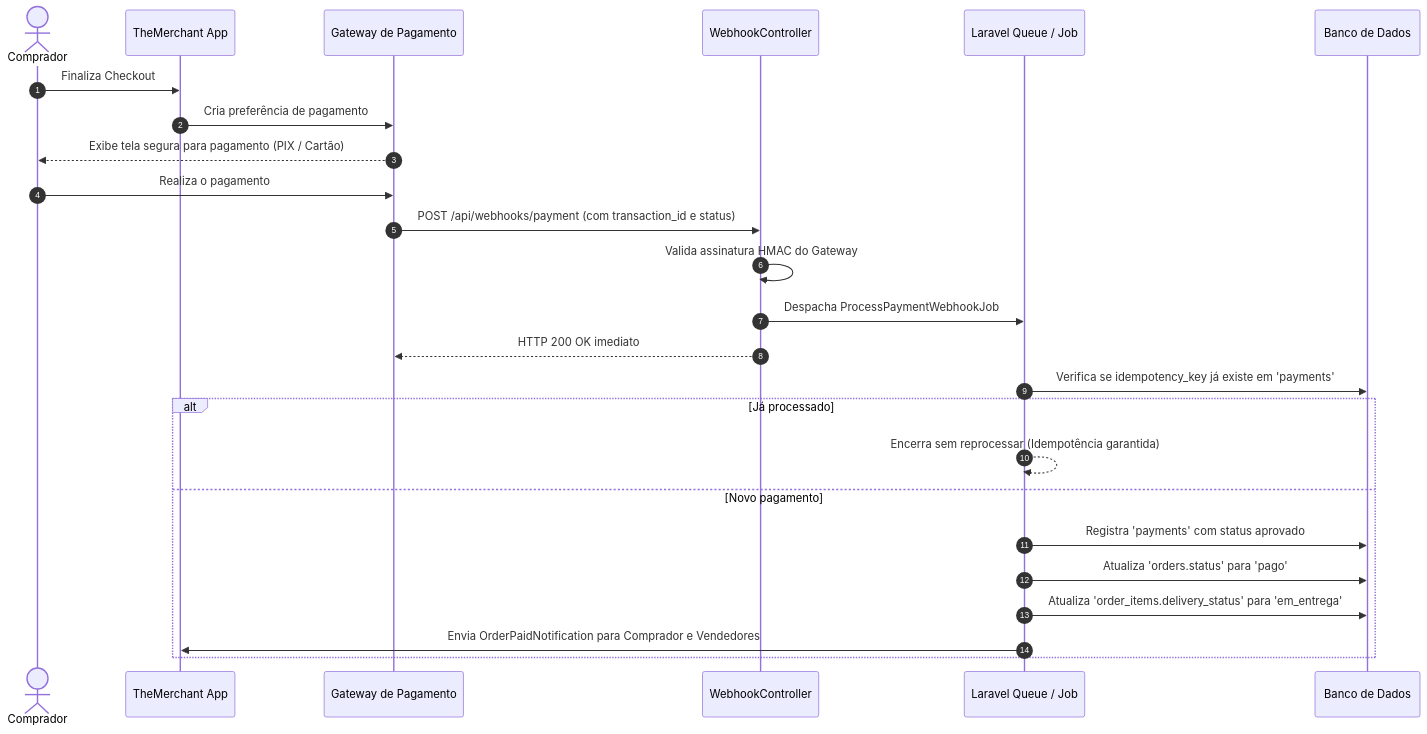
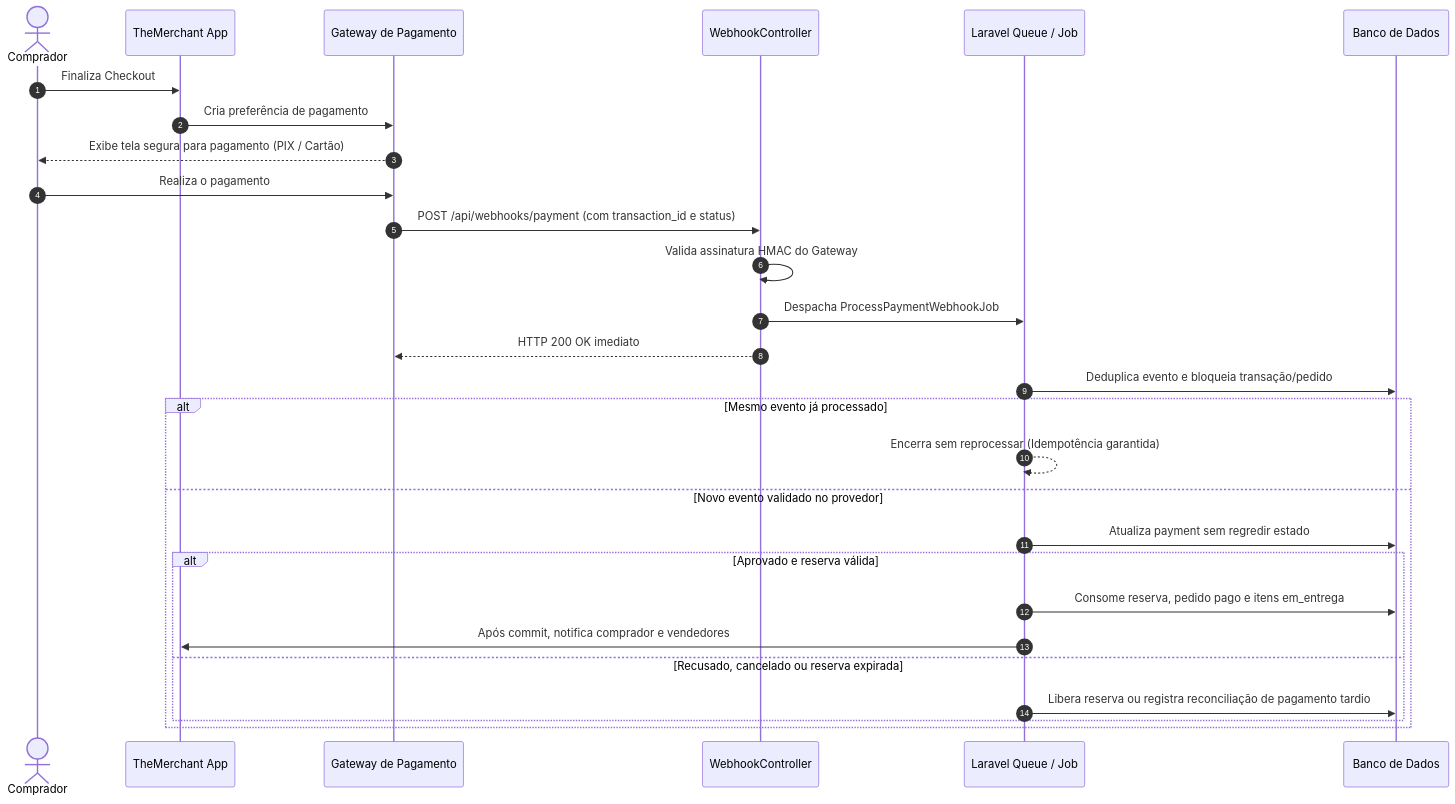
One commit to IgorMarcoli/TheMerchant changed the first of 2 diagrams in specs.md. Above: the diagram before and after it, drawn with Mermaid. The commit also changed other lines of this file and 6 other files, not shown here.

````diff
--- a/specs.md
+++ b/specs.md
@@ -234,29 +239,32 @@
 ```mermaid
 sequenceDiagram
     autonumber
     actor Buyer as Comprador
     participant App as TheMerchant App
     participant Gateway as Gateway de Pagamento
     participant WebhookCtrl as WebhookController
     participant Queue as Laravel Queue / Job
     participant DB as Banco de Dados
 
     Buyer->>App: Finaliza Checkout
     App->>Gateway: Cria preferência de pagamento
     Gateway-->>Buyer: Exibe tela segura para pagamento (PIX / Cartão)
     Buyer->>Gateway: Realiza o pagamento
     Gateway->>WebhookCtrl: POST /api/webhooks/payment (com transaction_id e status)
     WebhookCtrl->>WebhookCtrl: Valida assinatura HMAC do Gateway
     WebhookCtrl->>Queue: Despacha ProcessPaymentWebhookJob
     WebhookCtrl-->>Gateway: HTTP 200 OK imediato
 
-    Queue->>DB: Verifica se idempotency_key já existe em 'payments'
-    alt Já processado
+    Queue->>DB: Deduplica evento e bloqueia transação/pedido
+    alt Mesmo evento já processado
         Queue-->>Queue: Encerra sem reprocessar (Idempotência garantida)
-    else Novo pagamento
-        Queue->>DB: Registra 'payments' com status aprovado
-        Queue->>DB: Atualiza 'orders.status' para 'pago'
-        Queue->>DB: Atualiza 'order_items.delivery_status' para 'em_entrega'
-        Queue->>App: Envia OrderPaidNotification para Comprador e Vendedores
+    else Novo evento validado no provedor
+        Queue->>DB: Atualiza payment sem regredir estado
+        alt Aprovado e reserva válida
+            Queue->>DB: Consome reserva, pedido pago e itens em_entrega
+            Queue->>App: Após commit, notifica comprador e vendedores
+        else Recusado, cancelado ou reserva expirada
+            Queue->>DB: Libera reserva ou registra reconciliação de pagamento tardio
+        end
     end
 ```
````
